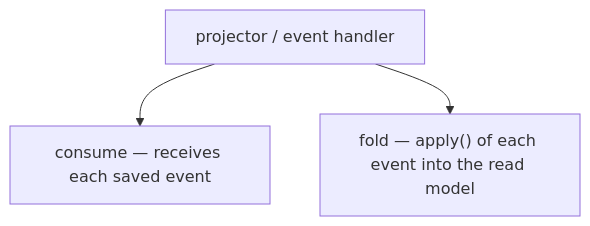
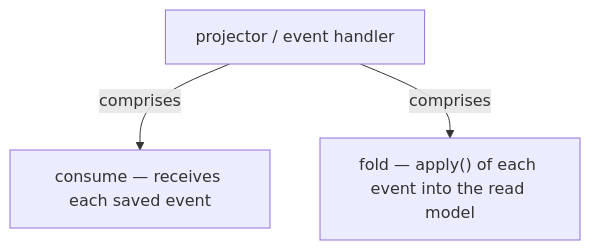
One commit to vinayakuber/microservices-io-study-guide changed the sixth of 14 diagrams in docs/ch19-event-sourcing.md. Above: the diagram before and after it, drawn with Mermaid. The commit also changed other lines of this file and 71 other files, not shown here.

First line of the commit message:
R18: label every diagram arrow with its meaning

````diff
--- a/docs/ch19-event-sourcing.md
+++ b/docs/ch19-event-sourcing.md
@@ -224,6 +224,6 @@
 ```mermaid
 flowchart TD
   R["projector / event handler"]
-  R --> P0["consume — receives each saved event"]
-  R --> P1["fold — apply() of each event into the read model"]
+  R -->|"comprises"| P0["consume — receives each saved event"]
+  R -->|"comprises"| P1["fold — apply() of each event into the read model"]
 ```
````
